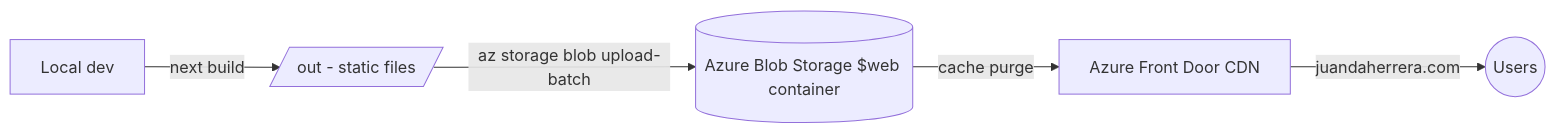
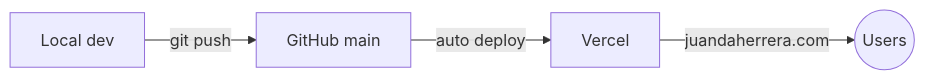
The diagram in README.md (juandaherrera/personal-web-v2), drawn with Mermaid before and after one commit. The commit also changed other lines of this file and 4 other files, not shown here.

````diff
--- a/README.md
+++ b/README.md
@@ -75,7 +76,6 @@
 ```mermaid
 flowchart LR
-    A[Local dev] -->|next build| B[/out - static files/]
-    B -->|az storage blob upload-batch| C[(Azure Blob Storage $web container)]
-    C -->|cache purge| D[Azure Front Door CDN]
-    D -->|juandaherrera.com| E((Users))
+    A[Local dev] -->|git push| B[GitHub main]
+    B -->|auto deploy| C[Vercel]
+    C -->|juandaherrera.com| D((Users))
 ```
````
